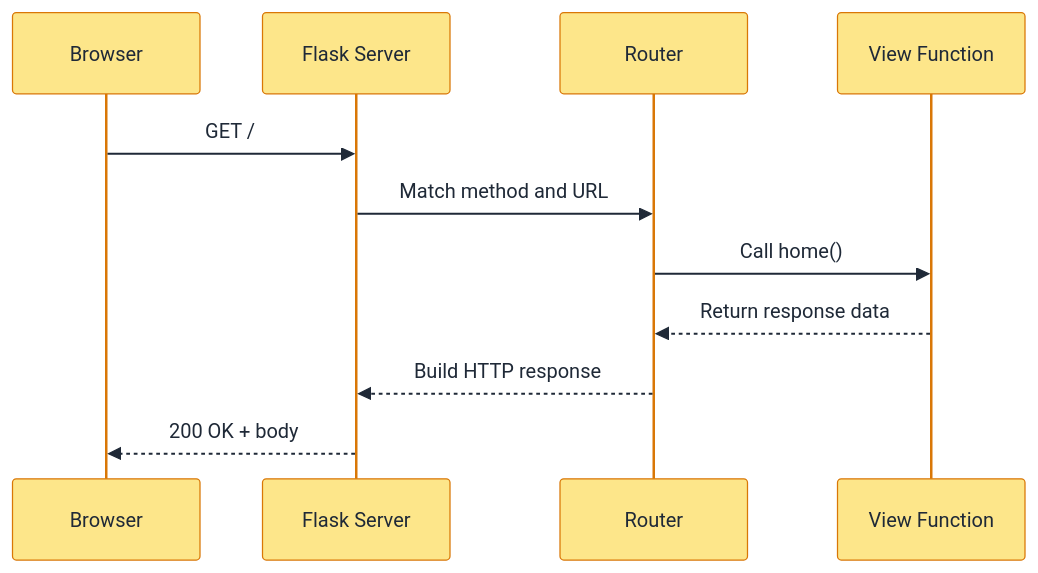
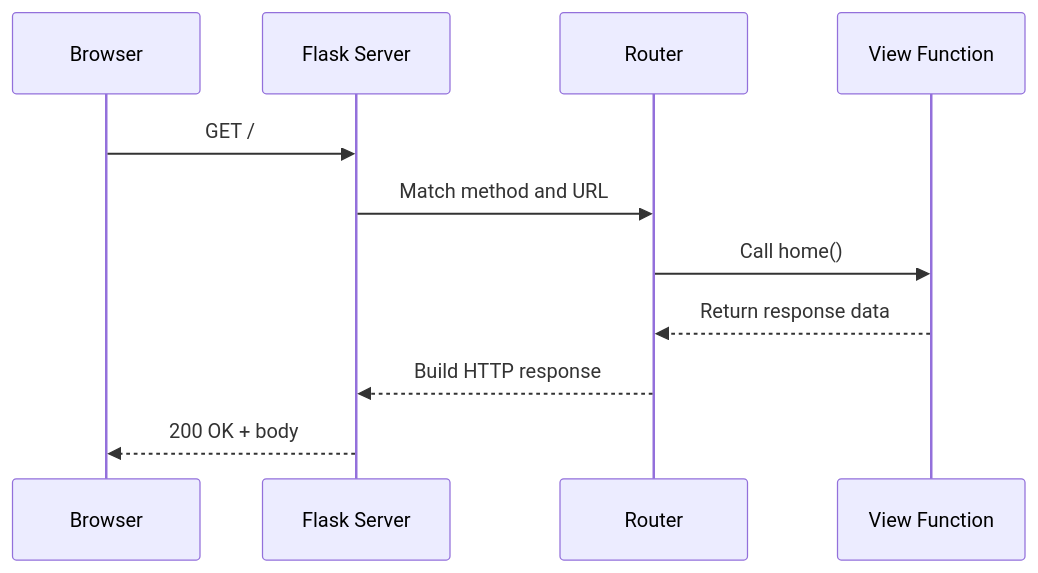
The second of 13 diagrams in README.md (tokunwarsingh/kbstechnocraft_learning_flask), drawn with Mermaid before and after one commit.

Commit message:
fixed issues

````diff
--- a/README.md
+++ b/README.md
@@ -1392,14 +1392,13 @@
 ```mermaid
-%%{init: {"theme":"base","themeVariables":{"primaryColor":"#FDE68A","primaryTextColor":"#1F2937","primaryBorderColor":"#D97706","lineColor":"#64748B","secondaryColor":"#DBEAFE","tertiaryColor":"#DCFCE7","fontFamily":"Georgia"}}}%%
 sequenceDiagram
     participant B as Browser
     participant S as Flask Server
     participant R as Router
     participant V as View Function
     B->>S: GET /
     S->>R: Match method and URL
     R->>V: Call home()
     V-->>R: Return response data
     R-->>S: Build HTTP response
     S-->>B: 200 OK + body
 ```
````
